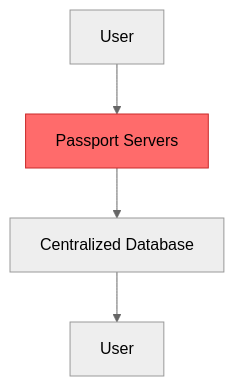
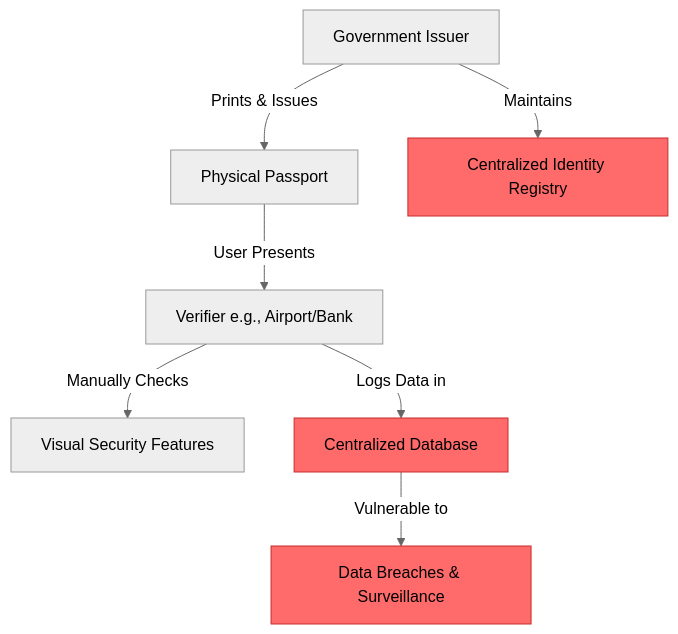
Before and after one commit to Elvatar2/Web2-To-Web3-Migration-Guide: the first of 2 diagrams in 06-identity/03-passport-to-did.md, drawn with Mermaid (neutral theme). The commit also changed other lines of this file, not shown here.

````diff
--- a/06-identity/03-passport-to-did.md
+++ b/06-identity/03-passport-to-did.md
@@ -52,8 +62,13 @@
 ```mermaid
 graph TB
-    A[User] --> B[Passport Servers]
-    B --> C[Centralized Database]
-    C --> D[User]
+    A[Government Issuer] -->|Prints & Issues| B[Physical Passport]
+    B -->|User Presents| C[Verifier e.g., Airport/Bank]
+    C -->|Manually Checks| D[Visual Security Features]
+    C -->|Logs Data in| E[Centralized Database]
+    E -->|Vulnerable to| F[Data Breaches & Surveillance]
+    A -->|Maintains| G[Centralized Identity Registry]
 
-    style B fill:#ff6b6b,stroke:#c92a2a
+    style E fill:#ff6b6b,stroke:#c92a2a
+    style F fill:#ff6b6b,stroke:#c92a2a
+    style G fill:#ff6b6b,stroke:#c92a2a
 ```
````
